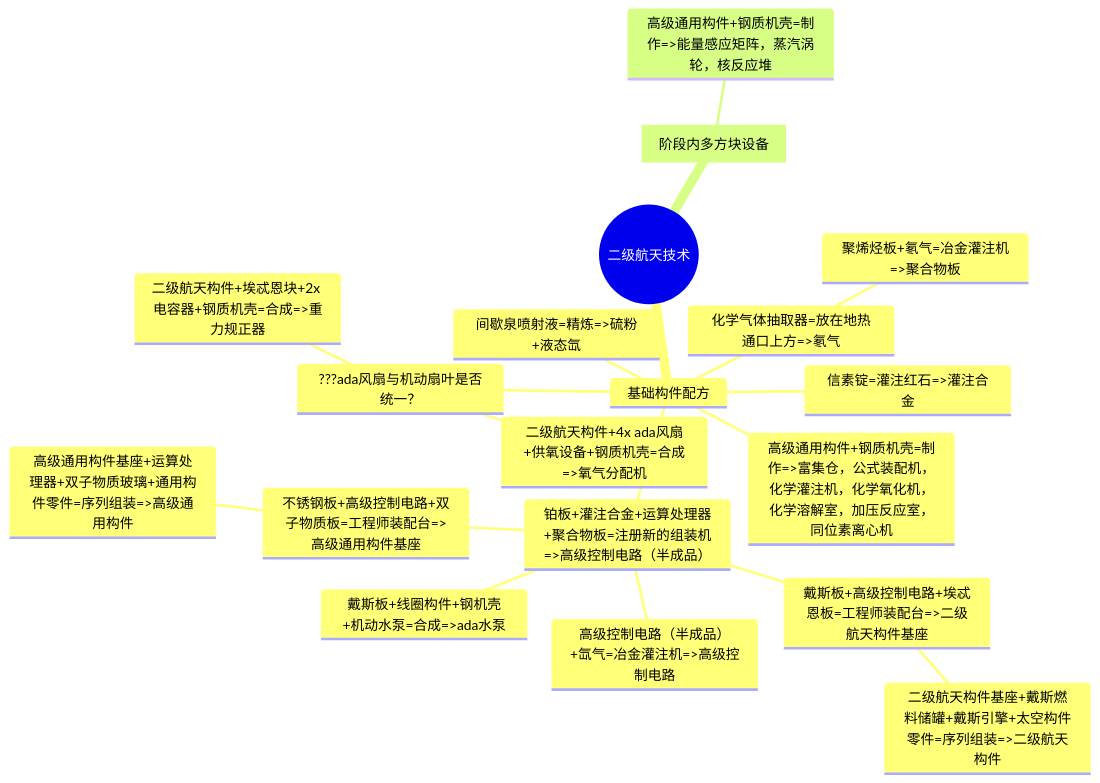
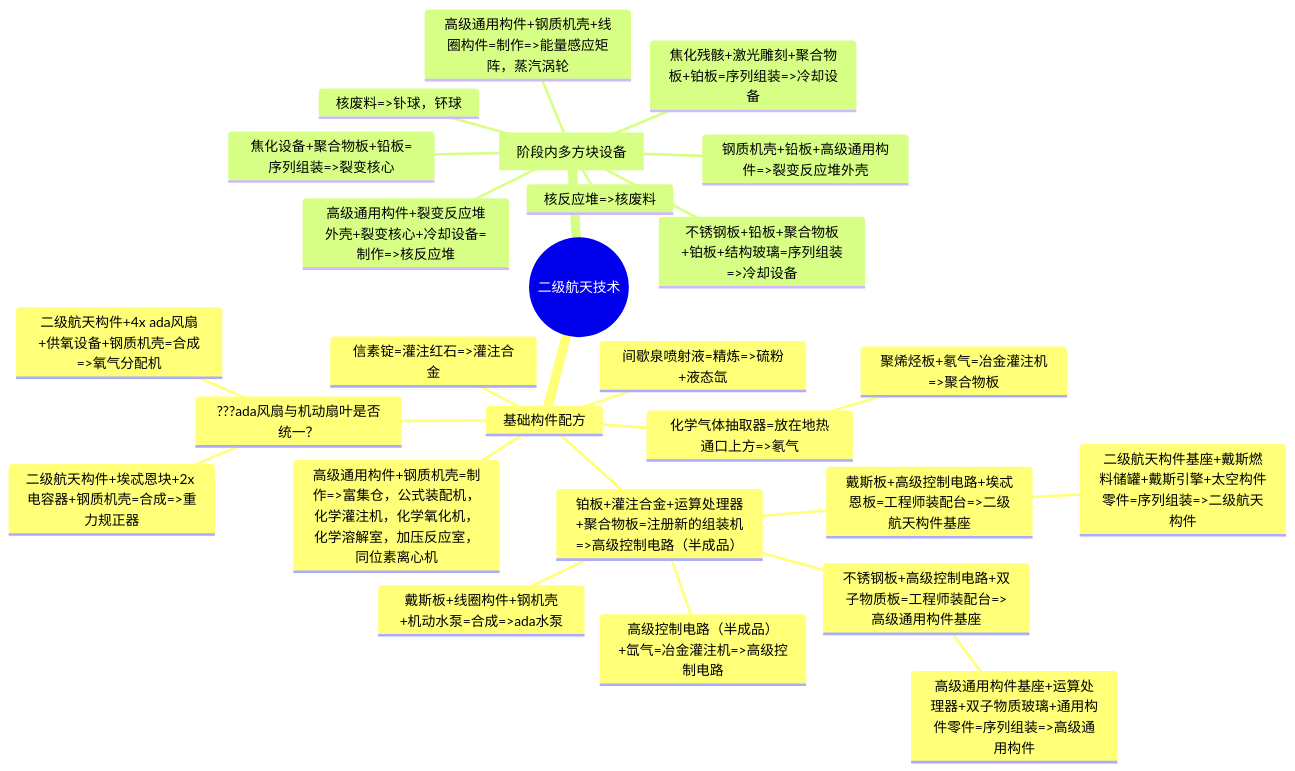
One commit to VechniMetel/CodeNameCIM2 changed the second of 4 diagrams in Developer/TechTreeMap.md. Above: the diagram before and after it, drawn with Mermaid.

````diff
--- a/Developer/TechTreeMap.md
+++ b/Developer/TechTreeMap.md
@@ -38,22 +38,29 @@
 ``` mermaid
 mindmap
     root((二级航天技术))
         基础构件配方
             信素锭=灌注红石=>灌注合金
             间歇泉喷射液=精炼=>硫粉+液态氙
             化学气体抽取器=放在地热通口上方=>氡气
                 聚烯烃板+氡气=冶金灌注机=>聚合物板
             铂板+灌注合金+运算处理器+聚合物板=注册新的组装机=>高级控制电路（半成品）
                 高级控制电路（半成品）+氙气=冶金灌注机=>高级控制电路
                 戴斯板+高级控制电路+埃忒恩板=工程师装配台=>二级航天构件基座
                     二级航天构件基座+戴斯燃料储罐+戴斯引擎+太空构件零件=序列组装=>二级航天构件
                 不锈钢板+高级控制电路+双子物质板=工程师装配台=>高级通用构件基座
                     高级通用构件基座+运算处理器+双子物质玻璃+通用构件零件=序列组装=>高级通用构件
                 戴斯板+线圈构件+钢机壳+机动水泵=合成=>ada水泵
             ???ada风扇与机动扇叶是否统一？
                 二级航天构件+4x ada风扇+供氧设备+钢质机壳=合成=>氧气分配机
                 二级航天构件+埃忒恩块+2x 电容器+钢质机壳=合成=>重力规正器
             高级通用构件+钢质机壳=制作=>富集仓，公式装配机，化学灌注机，化学氧化机，化学溶解室，加压反应室，同位素离心机
         [阶段内多方块设备]
-            高级通用构件+钢质机壳=制作=>能量感应矩阵，蒸汽涡轮，核反应堆
+            高级通用构件+钢质机壳+线圈构件=制作=>能量感应矩阵，蒸汽涡轮
+            不锈钢板+铅板+聚合物板+铂板+结构玻璃=序列组装=>冷却设备
+            焦化残骸+激光雕刻+聚合物板+铂板=序列组装=>冷却设备
+            焦化设备+聚合物板+铅板=序列组装=>裂变核心
+            钢质机壳+铅板+高级通用构件=>裂变反应堆外壳
+            高级通用构件+裂变反应堆外壳+裂变核心+冷却设备=制作=>核反应堆
+            核反应堆=>核废料
+            核废料=>钋球，钚球
 ```
````
